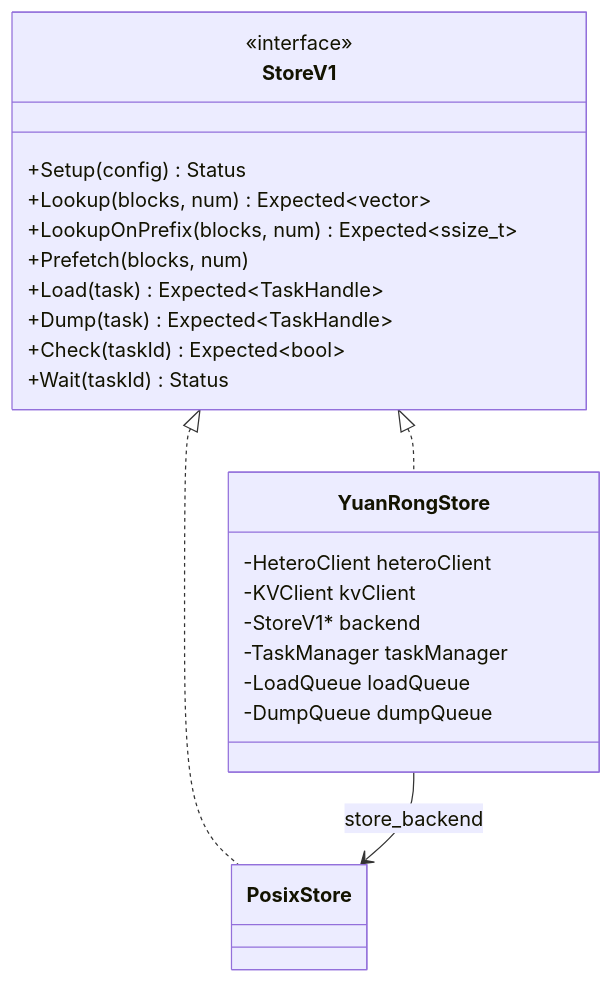
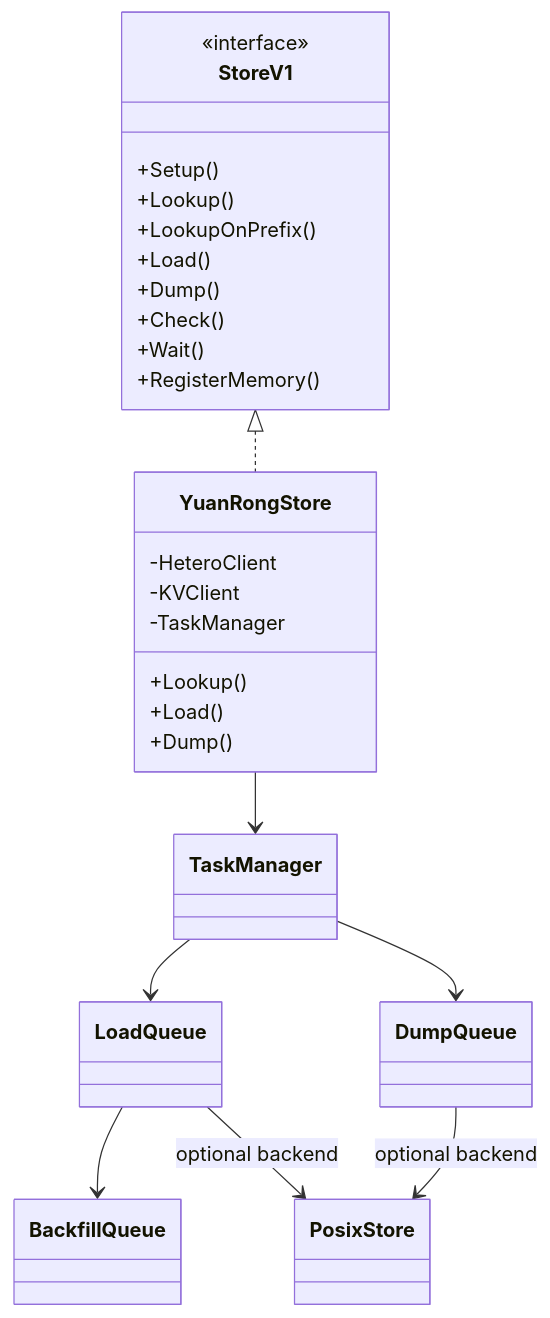
The second of 5 diagrams in yuanrong_store_adaptation_design.md (dante159753/unified-cache-management), drawn with Mermaid before and after one commit. The commit also changed other lines of this file, not shown here.

````diff
--- a/yuanrong_store_adaptation_design.md
+++ b/yuanrong_store_adaptation_design.md
@@ -67,29 +55,37 @@
 ```mermaid
 classDiagram
     class StoreV1 {
         <<interface>>
-        +Setup(config) Status
-        +Lookup(blocks, num) Expected~vector~
-        +LookupOnPrefix(blocks, num) Expected~ssize_t~
-        +Prefetch(blocks, num)
-        +Load(task) Expected~TaskHandle~
-        +Dump(task) Expected~TaskHandle~
-        +Check(taskId) Expected~bool~
-        +Wait(taskId) Status
+        +Setup()
+        +Lookup()
+        +LookupOnPrefix()
+        +Load()
+        +Dump()
+        +Check()
+        +Wait()
+        +RegisterMemory()
     }
 
     class YuanRongStore {
-        -HeteroClient heteroClient
-        -KVClient kvClient
-        -StoreV1* backend
-        -TaskManager taskManager
-        -LoadQueue loadQueue
-        -DumpQueue dumpQueue
+        -HeteroClient
+        -KVClient
+        -TaskManager
+        +Lookup()
+        +Load()
+        +Dump()
     }
 
+    class TaskManager
+    class LoadQueue
+    class DumpQueue
+    class BackfillQueue
     class PosixStore
 
     StoreV1 <|.. YuanRongStore
-    StoreV1 <|.. PosixStore
-    YuanRongStore --> PosixStore : store_backend
+    YuanRongStore --> TaskManager
+    TaskManager --> LoadQueue
+    TaskManager --> DumpQueue
+    LoadQueue --> BackfillQueue
+    LoadQueue --> PosixStore : optional backend
+    DumpQueue --> PosixStore : optional backend
 ```
````
